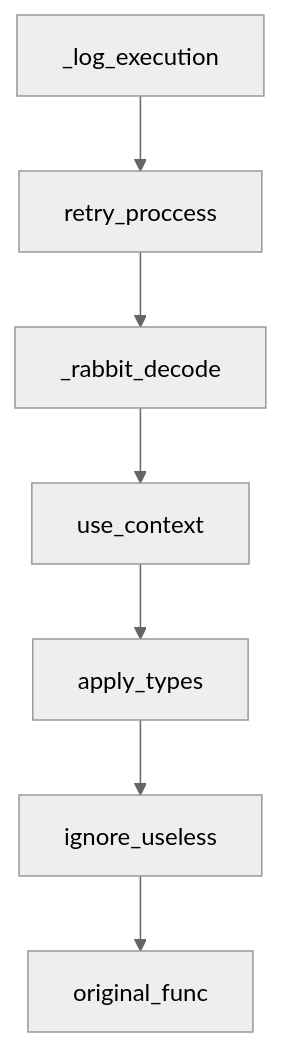
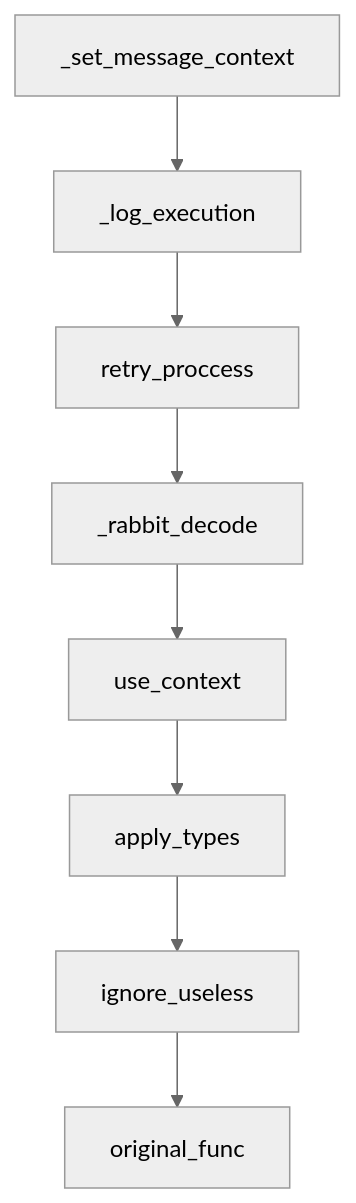
The diagram in docs/DECORATORS.md (Lancetnik/Propan), drawn with Mermaid (neutral theme) before and after one commit. The commit also changed 3 other files, not shown here.

Commit message:
add raw message to context

````diff
--- a/docs/DECORATORS.md
+++ b/docs/DECORATORS.md
@@ -3,9 +3,10 @@
 ```mermaid
   graph TD;
+      _set_message_context-->_log_execution;
       _log_execution-->retry_proccess;
       retry_proccess-->_rabbit_decode;
       _rabbit_decode-->use_context;
       use_context-->apply_types;
       apply_types-->ignore_useless;
       ignore_useless-->original_func;
 ```
````
